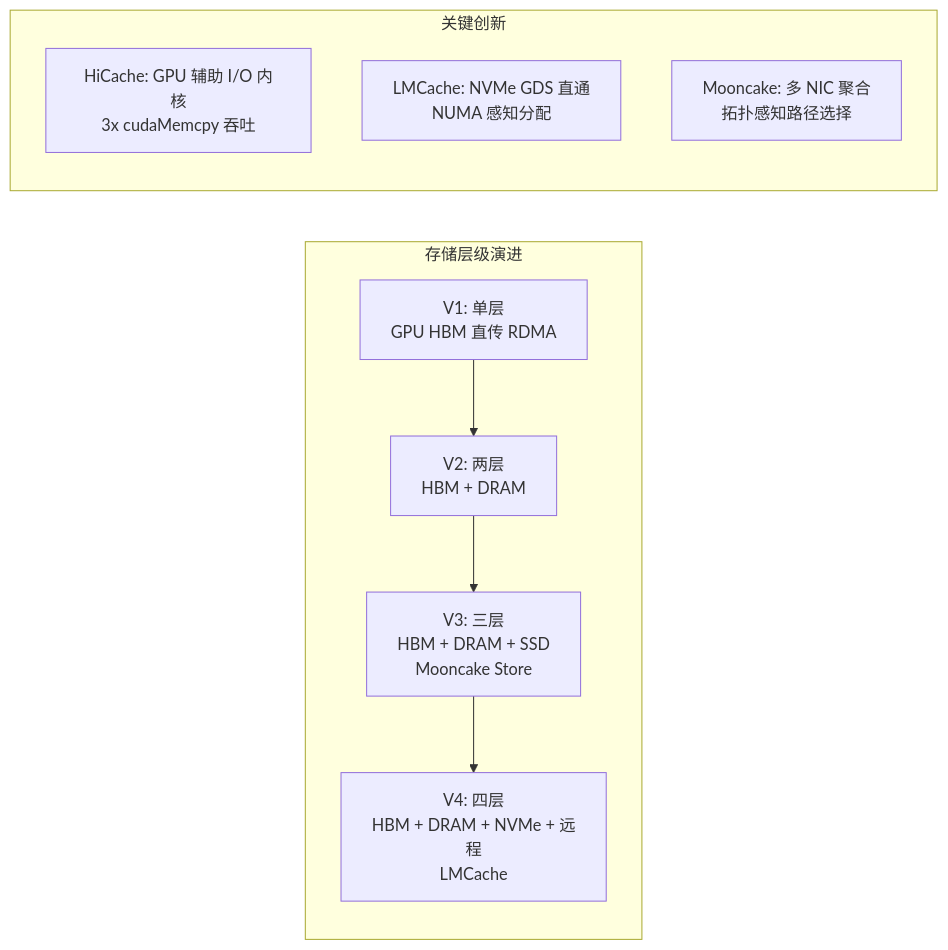
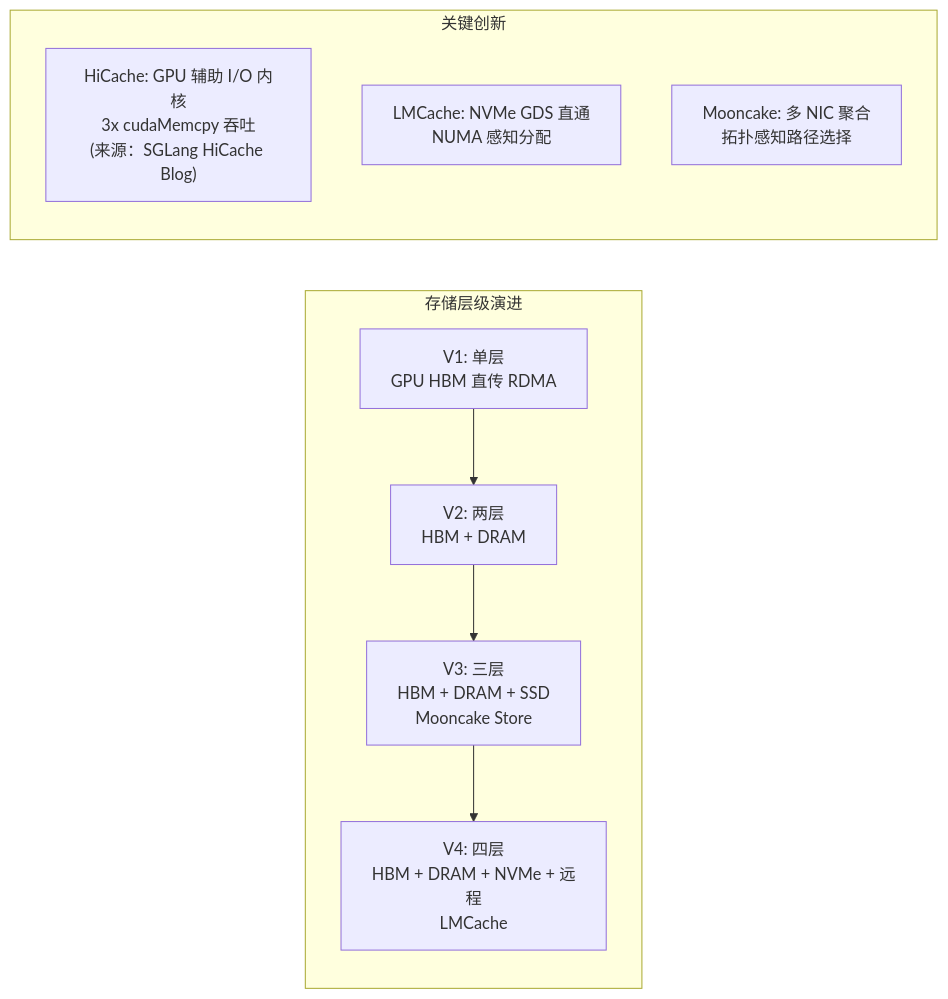
One commit to QJWang23/Mooncake changed the fourth of 12 diagrams in docs/superpowers/briefings/2026-06-11-distributed-kvcache-executive-briefing.md. Above: the diagram before and after it, drawn with Mermaid. The commit also changed other lines of this file, not shown here.

````diff
--- a/docs/superpowers/briefings/2026-06-11-distributed-kvcache-executive-briefing.md
+++ b/docs/superpowers/briefings/2026-06-11-distributed-kvcache-executive-briefing.md
@@ -141,18 +202,18 @@
 ```mermaid
 graph LR
     subgraph 存储演进["存储层级演进"]
         direction TB
         V1["V1: 单层<br/>GPU HBM 直传 RDMA"]
         V2["V2: 两层<br/>HBM + DRAM"]
         V3["V3: 三层<br/>HBM + DRAM + SSD<br/>Mooncake Store"]
         V4["V4: 四层<br/>HBM + DRAM + NVMe + 远程<br/>LMCache"]
     end
 
     V1 --> V2 --> V3 --> V4
 
     subgraph 关键创新["关键创新"]
-        K1["HiCache: GPU 辅助 I/O 内核<br/>3x cudaMemcpy 吞吐"]
+        K1["HiCache: GPU 辅助 I/O 内核<br/>3x cudaMemcpy 吞吐<br/>(来源：SGLang HiCache Blog)"]
         K2["LMCache: NVMe GDS 直通<br/>NUMA 感知分配"]
         K3["Mooncake: 多 NIC 聚合<br/>拓扑感知路径选择"]
     end
 ```
````
